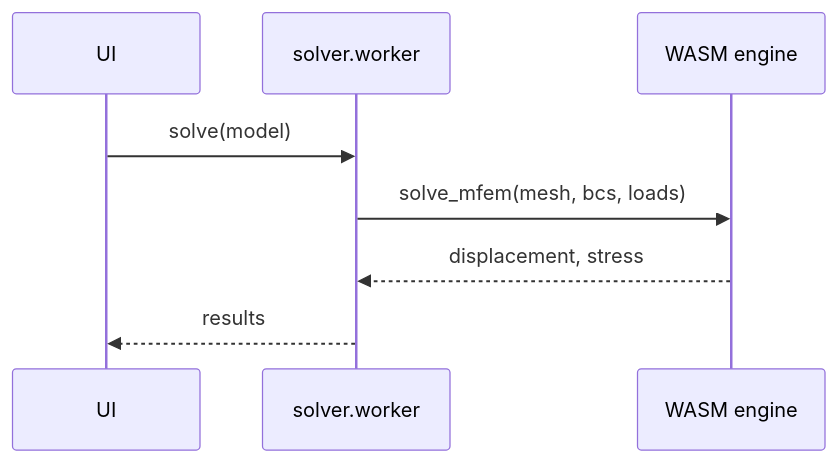
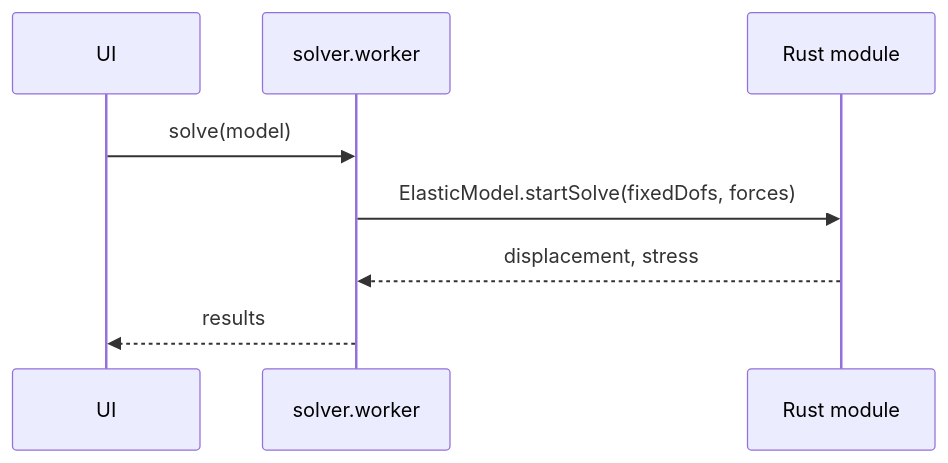
Before and after one commit to mkofler96/KoFEM: the diagram in .claude/skills/pr/SKILL.md, drawn with Mermaid. The commit also changed other lines of this file, not shown here.

First line of the commit message:
Show the Rust solve in the PR skill's sample diagrams

````diff
--- a/.claude/skills/pr/SKILL.md
+++ b/.claude/skills/pr/SKILL.md
@@ -151,10 +152,10 @@
 ```mermaid
 sequenceDiagram
     participant UI
     participant Worker as solver.worker
-    participant Engine as WASM engine
+    participant Fem as Rust module
     UI->>Worker: solve(model)
-    Worker->>Engine: solve_mfem(mesh, bcs, loads)
-    Engine-->>Worker: displacement, stress
+    Worker->>Fem: ElasticModel.startSolve(fixedDofs, forces)
+    Fem-->>Worker: displacement, stress
     Worker-->>UI: results
 ```
````
